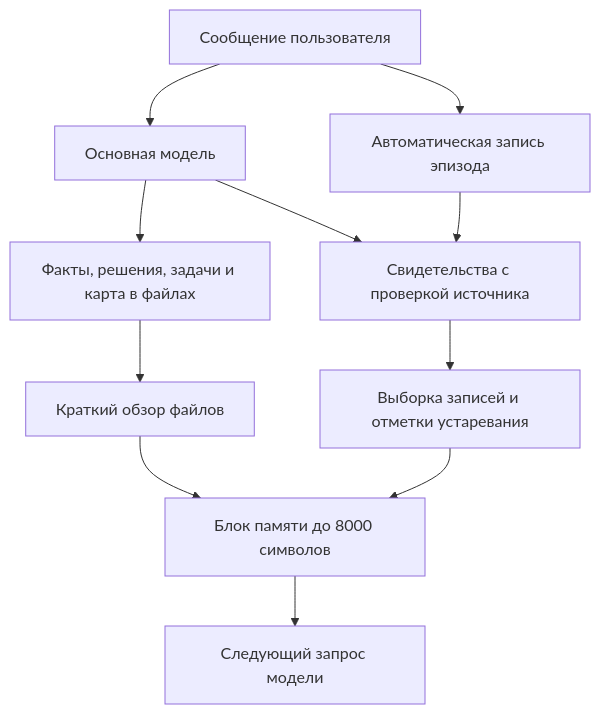
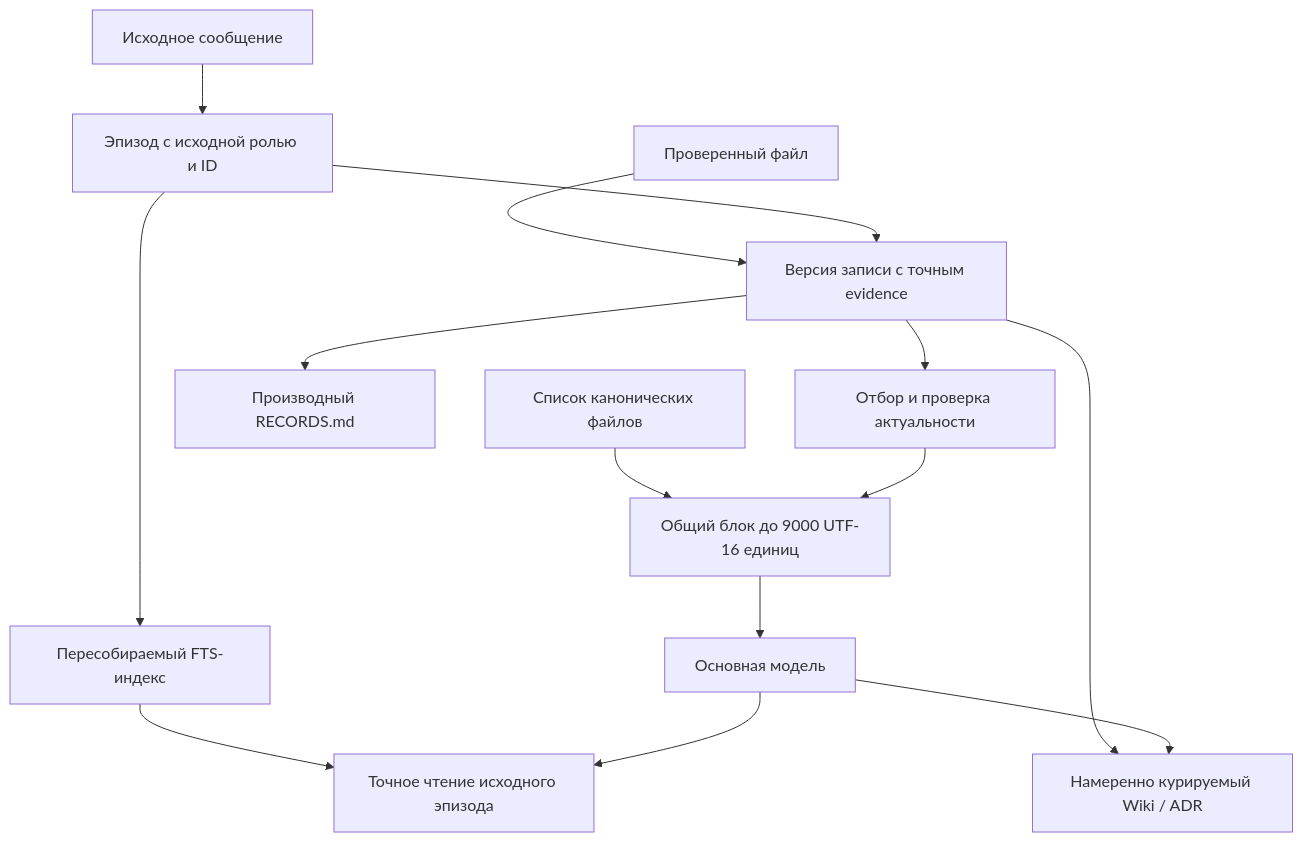
The diagram in docs/LAYERS.md (Clientik/omp-huimem), drawn with Mermaid before and after one commit. The commit also changed other lines of this file and 29 other files, not shown here.

Commit message:
Release v0.7.0: scoped evidence, indexed history and curated Wiki

````diff
--- a/docs/LAYERS.md
+++ b/docs/LAYERS.md
@@ -9,13 +8,16 @@
 ```mermaid
 flowchart TD
-  U[Сообщение пользователя] --> E[Автоматическая запись эпизода]
-  U --> M[Основная модель]
-  M --> F[Факты, решения, задачи и карта в файлах]
-  M --> V[Свидетельства с проверкой источника]
+  U[Исходное сообщение] --> E[Эпизод с исходной ролью и ID]
+  F[Проверенный файл] --> V[Версия записи с точным evidence]
   E --> V
-  F --> C[Краткий обзор файлов]
-  V --> R[Выборка записей и отметки устаревания]
-  C --> B[Блок памяти до 8000 символов]
+  E --> I[Пересобираемый FTS-индекс]
+  I --> P[Точное чтение исходного эпизода]
+  V --> R[Отбор и проверка актуальности]
+  V --> W[Намеренно курируемый Wiki / ADR]
+  V --> D[Производный RECORDS.md]
+  C[Список канонических файлов] --> B[Общий блок до 9000 UTF-16 единиц]
   R --> B
-  B --> N[Следующий запрос модели]
+  B --> M[Основная модель]
+  M --> P
+  M --> W
 ```
````
